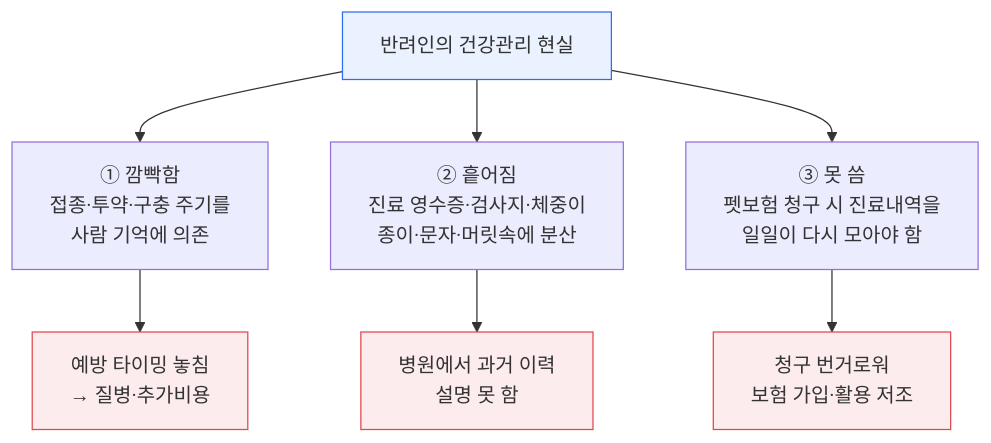
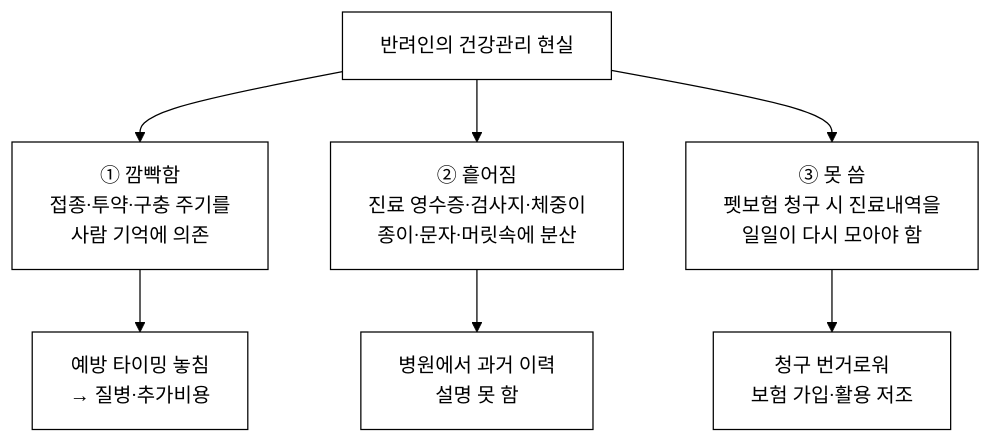
One commit to iamywl/k_startup_spare changed the first of 6 diagrams in 2026-saas-pet-health/biz/1_제안서.md. Above: the diagram before and after it, drawn with Mermaid. The commit also changed other lines of this file and 3 other files, not shown here.

````diff
--- a/2026-saas-pet-health/biz/1_제안서.md
+++ b/2026-saas-pet-health/biz/1_제안서.md
@@ -35,13 +35,10 @@
 ```mermaid
+%%{init: {'theme':'base','themeVariables':{'background':'#ffffff','primaryColor':'#ffffff','primaryBorderColor':'#000000','primaryTextColor':'#000000','secondaryColor':'#ffffff','secondaryBorderColor':'#000000','secondaryTextColor':'#000000','tertiaryColor':'#ffffff','tertiaryBorderColor':'#000000','tertiaryTextColor':'#000000','mainBkg':'#ffffff','secondBkg':'#ffffff','lineColor':'#000000','textColor':'#000000','clusterBkg':'#ffffff','clusterBorder':'#000000','edgeLabelBackground':'#ffffff','actorBkg':'#ffffff','actorBorder':'#000000','noteBkgColor':'#ffffff','noteBorderColor':'#000000','signalColor':'#000000','signalTextColor':'#000000','fontFamily':'Georgia, serif'}}}%%
 graph TD
     A["반려인의 건강관리 현실"] --> B["① 깜빡함<br/>접종·투약·구충 주기를<br/>사람 기억에 의존"]
     A --> C["② 흩어짐<br/>진료 영수증·검사지·체중이<br/>종이·문자·머릿속에 분산"]
     A --> D["③ 못 씀<br/>펫보험 청구 시 진료내역을<br/>일일이 다시 모아야 함"]
     B --> E["예방 타이밍 놓침<br/>→ 질병·추가비용"]
     C --> F["병원에서 과거 이력<br/>설명 못 함"]
     D --> G["청구 번거로워<br/>보험 가입·활용 저조"]
-    style A fill:#eaf1ff,stroke:#2f6df0
-    style E fill:#fdeced,stroke:#e0474f
-    style F fill:#fdeced,stroke:#e0474f
-    style G fill:#fdeced,stroke:#e0474f
 ```
````
